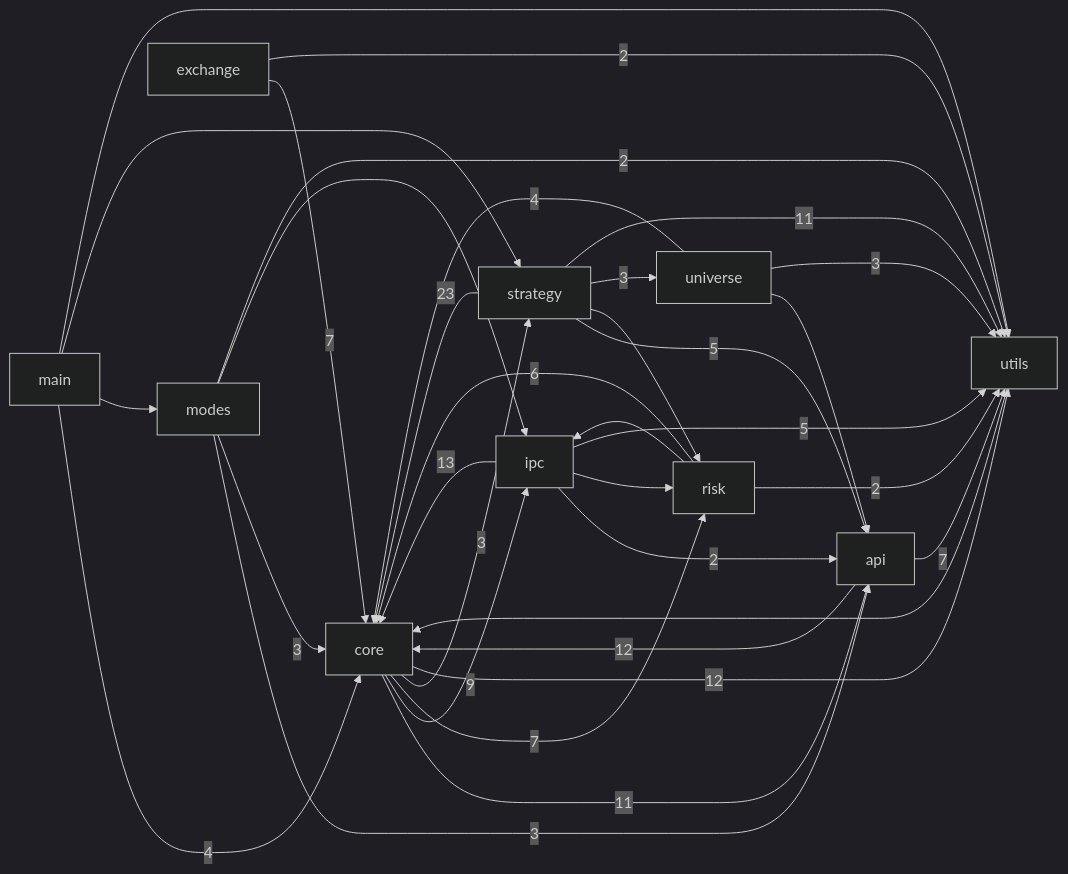
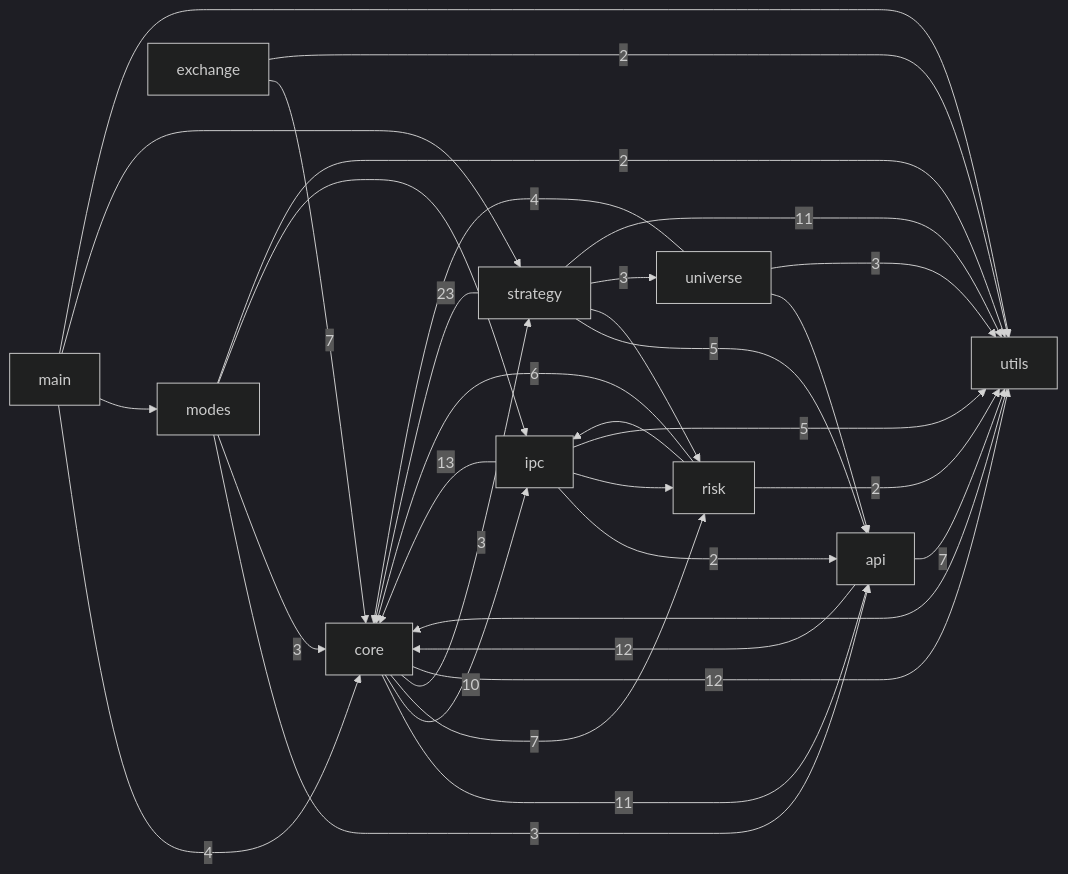
One commit to pypy8171/Quant changed the first of 3 diagrams in docs/CODE_GRAPH.md. Above: the diagram before and after it, drawn with Mermaid (dark theme). The commit also changed other lines of this file and 12 other files, not shown here.

````diff
--- a/docs/CODE_GRAPH.md
+++ b/docs/CODE_GRAPH.md
@@ -10,46 +10,46 @@
 ```mermaid
 graph LR
   main[main]
   modes[modes]
   core[core]
   strategy[strategy]
   api[api]
   universe[universe]
   risk[risk]
   ipc[ipc]
   utils[utils]
   exchange[exchange]
   api -->|12| core
   api -->|7| utils
   core -->|11| api
-  core -->|9| ipc
+  core -->|10| ipc
   core -->|7| risk
   core -->|3| strategy
   core -->|12| utils
   exchange -->|7| core
   exchange -->|2| utils
   ipc -->|2| api
   ipc -->|13| core
   ipc --> risk
   ipc -->|5| utils
   main -->|4| core
   main --> modes
   main --> strategy
   main --> utils
   modes -->|3| api
   modes -->|3| core
   modes --> ipc
   modes -->|2| utils
   risk -->|6| core
   risk --> ipc
   risk -->|2| utils
   strategy -->|5| api
   strategy -->|23| core
   strategy --> risk
   strategy -->|3| universe
   strategy -->|11| utils
   universe --> api
   universe -->|4| core
   universe -->|3| utils
   utils --> core
 ```
````
